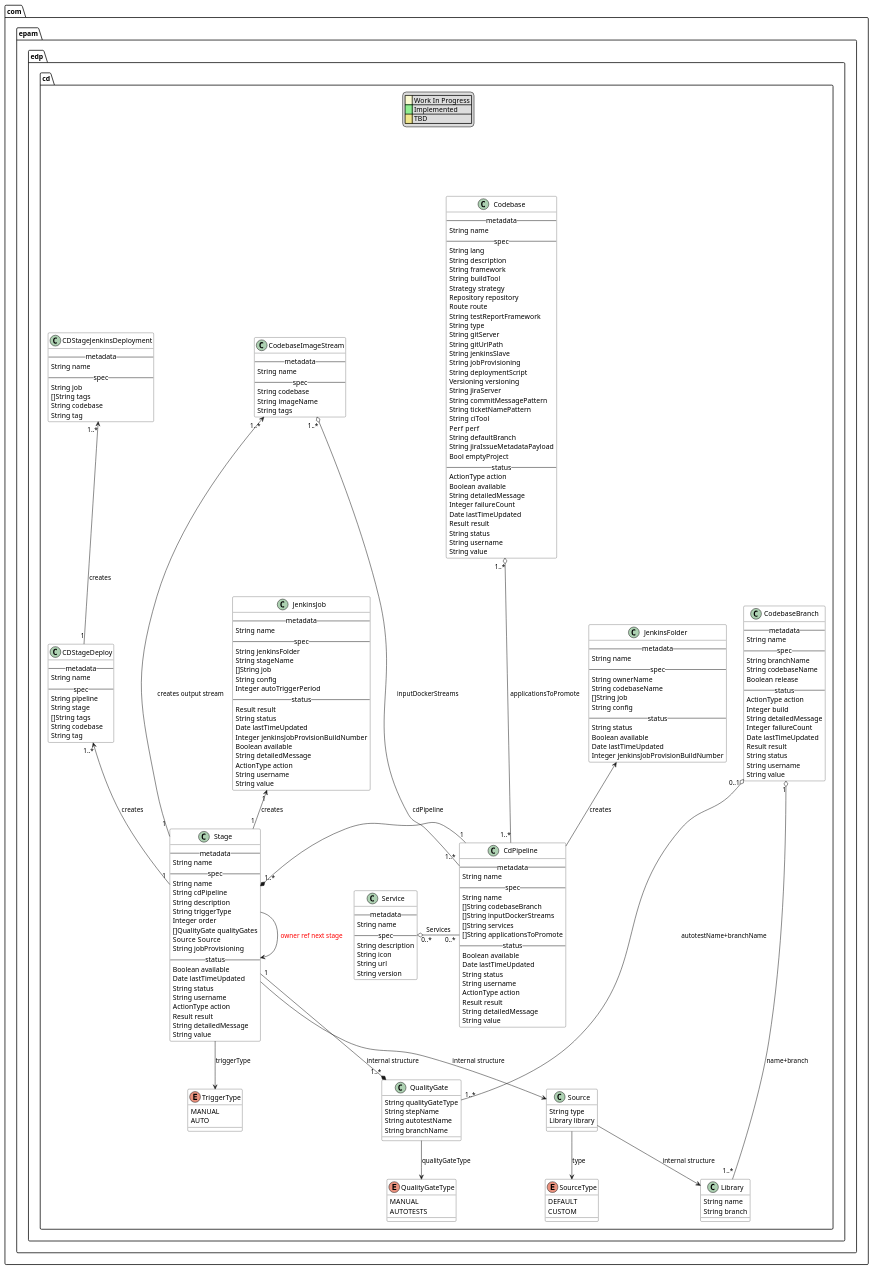
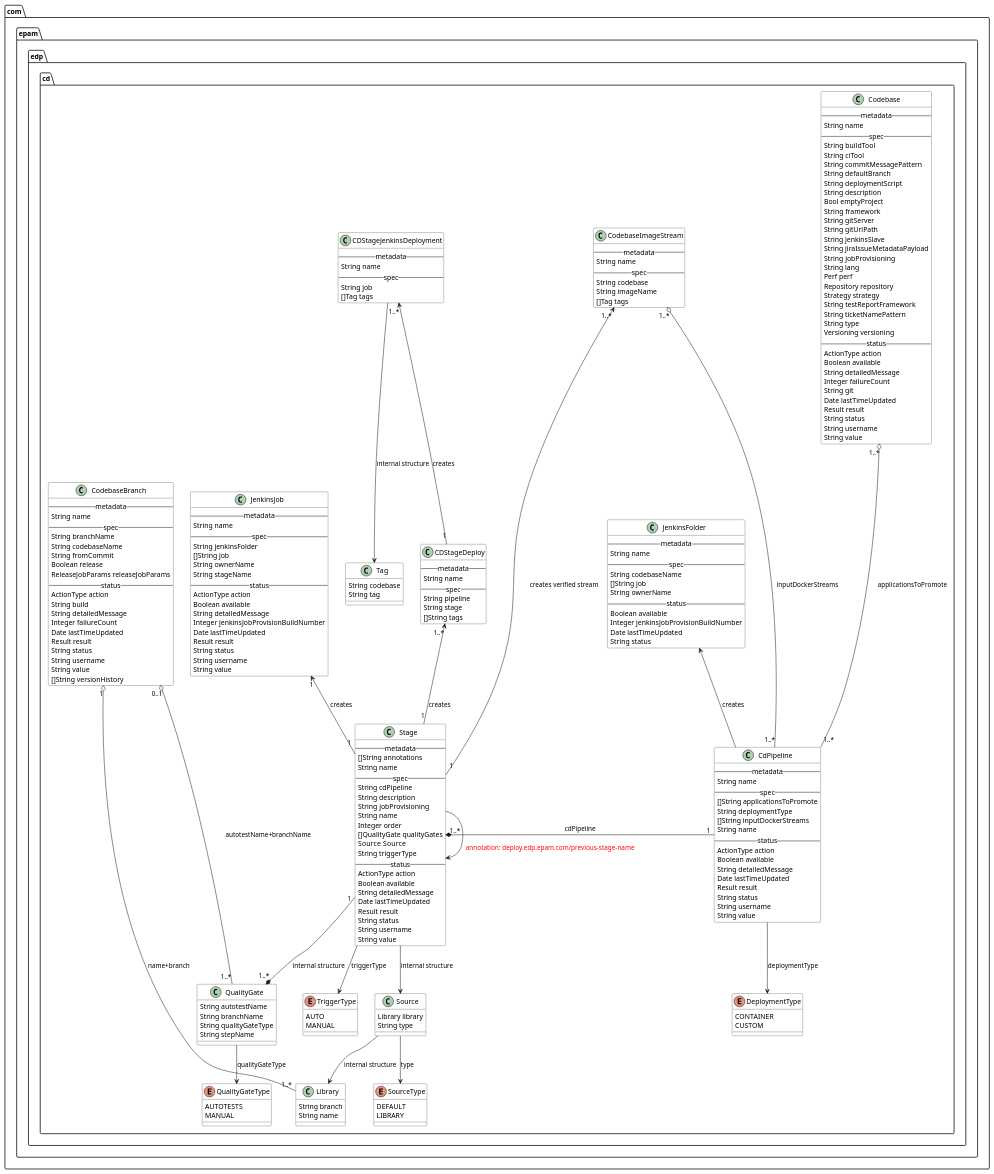
The diagram in documentation/puml/arch.puml (epam/edp-cd-pipeline-operator), drawn with PlantUML before and after one commit.

Commit message:
[EPMDEDP-7970]: docs: Align diagram to the current state

```diff
--- a/documentation/puml/arch.puml
+++ b/documentation/puml/arch.puml
@@ -1,4 +1,4 @@
-@startuml
+@startuml cdpipeline-operator
 
 skinparam class {
     BackgroundColor #white
@@ -11,82 +11,89 @@
     -- metadata --
         String name
     -- spec --
+        []String applicationsToPromote
+        String deploymentType
+        []String inputDockerStreams
         String name
-        []String codebaseBranch
-        []String inputDockerStreams
-        []String services
-        []String applicationsToPromote
     -- status --
+        ActionType action
         Boolean available
+        String detailedMessage
         Date lastTimeUpdated
+        Result result
         String status
         String username
-        ActionType action
-        Result result
-        String detailedMessage
         String value
   }
 
   CdPipeline "1" -l-* "1..*" Stage : cdPipeline
 
+  enum DeploymentType {
+    CONTAINER
+    CUSTOM
+  }
+
+  CdPipeline --> DeploymentType : deploymentType
+
   class Stage {
     -- metadata --
+        []String annotations
         String name
     -- spec --
-        String name
         String cdPipeline
         String description
-        String triggerType
+        String jobProvisioning
+        String name
         Integer order
         []QualityGate qualityGates
         Source  Source
-        String jobProvisioning
+        String triggerType
     -- status --
+        ActionType action
         Boolean available
+        String detailedMessage
         Date lastTimeUpdated
+        Result result
         String status
         String username
-        ActionType action
-        Result result
-        String detailedMessage
         String value
   }
 
   Stage "1" --* "1..*" QualityGate : internal structure
   class QualityGate  {
+        String autotestName
+        String branchName
         String qualityGateType
         String stepName
-        String autotestName
-        String branchName
   }
 
   QualityGate --> QualityGateType : qualityGateType
   enum QualityGateType {
+        AUTOTESTS
         MANUAL
-        AUTOTESTS
   }
 
   Stage --> Source : internal structure
   class Source {
+        Library library
         String type
-        Library library
   }
   Source --> SourceType : type
   enum SourceType {
         DEFAULT
-        CUSTOM
+        LIBRARY
   }
   Source --> Library : internal structure
   class Library {
+        String branch
         String name
-        String branch
   }
 
-  Stage --> Stage : <color red>owner ref next stage</color>
+  Stage --> Stage : \n\n\n<color red>annotation: deploy.edp.epam.com/previous-stage-name</color>
 
   enum TriggerType {
+    AUTO
     MANUAL
-    AUTO
   }
   Stage --> TriggerType : triggerType
 
@@ -94,34 +101,33 @@
     -- metadata --
         String name
     -- spec --
-        String lang
+        String buildTool
+        String ciTool
+        String commitMessagePattern
+        String defaultBranch
+        String deploymentScript
         String description
+        Bool emptyProject
         String framework
-        String buildTool
-        Strategy strategy
-        Repository repository
-        Route route
-        String testReportFramework
-        String type
         String gitServer
         String gitUrlPath
         String jenkinsSlave
+        String jiraIssueMetadataPayload
         String jobProvisioning
-        String deploymentScript
+        String lang
+        Perf perf
+        Repository repository
+        Strategy strategy
+        String testReportFramework
+        String ticketNamePattern
+        String type
         Versioning versioning
-        String jiraServer
-        String commitMessagePattern
-        String ticketNamePattern
-        String ciTool
-        Perf  perf
-        String defaultBranch
-        String jiraIssueMetadataPayload
-        Bool emptyProject
     -- status --
         ActionType action
         Boolean available
         String detailedMessage
         Integer failureCount
+        String git
         Date lastTimeUpdated
         Result result
         String status
@@ -135,10 +141,12 @@
     -- spec --
         String branchName
         String codebaseName
+        String fromCommit
         Boolean release
+        ReleaseJobParams releaseJobParams
     -- status --
         ActionType action
-        Integer build
+        String build
         String detailedMessage
         Integer failureCount
         Date lastTimeUpdated
@@ -146,21 +154,21 @@
         String status
         String username
         String value
+        []String versionHistory
   }
 
   class JenkinsFolder {
     -- metadata --
         String name
     -- spec --
-        String ownerName
         String codebaseName
         []String job
-        String config
+        String ownerName
     -- status --
+        Boolean available
+        Integer jenkinsJobProvisionBuildNumber
+        Date lastTimeUpdated
         String status
-        Boolean available
-        Date lastTimeUpdated
-        Integer jenkinsJobProvisionBuildNumber
   }
 
   class JenkinsJob {
@@ -168,30 +176,19 @@
         String name
     -- spec --
         String jenkinsFolder
+        []String job
+        String ownerName
         String stageName
-        []String job
-        String config
-        Integer autoTriggerPeriod
     -- status --
+        ActionType action
+        Boolean available
+        String detailedMessage
+        Integer jenkinsJobProvisionBuildNumber
+        Date lastTimeUpdated
         Result result
         String status
-        Date lastTimeUpdated
-        Integer jenkinsJobProvisionBuildNumber
-        Boolean available
-        String detailedMessage
-        ActionType action
         String username
         String value
-  }
-
-  class Service {
-    -- metadata --
-        String name
-    -- spec --
-        String description
-        String icon
-        String url
-        String version
   }
 
   class CDStageDeploy {
@@ -201,8 +198,6 @@
         String pipeline
         String stage
         []String tags
-        String codebase
-        String tag
   }
 
   class CDStageJenkinsDeployment {
@@ -210,36 +205,31 @@
         String name
     -- spec --
         String job
-        []String tags
+        []Tag tags
+  }
+  CDStageJenkinsDeployment --> Tag : internal structure
+  class Tag {
         String codebase
         String tag
   }
 
-class CodebaseImageStream {
+  class CodebaseImageStream {
     -- metadata --
         String name
     -- spec --
         String codebase
         String imageName
-        String tags
+        []Tag tags
   }
 
 JenkinsFolder <-- CdPipeline : "creates"
-Service "0..*" o- "0..*" CdPipeline : Services
 Codebase "1..*" o--- "1..*" CdPipeline : applicationsToPromote
 CodebaseImageStream "1..*" o--- "1..*" CdPipeline : inputDockerStreams
 CodebaseBranch "0..1" o--- "1..*" QualityGate : autotestName+branchName
 CodebaseBranch "1" o--- "1..*" Library : name+branch
 JenkinsJob "1" <-- "1" Stage : creates
-CodebaseImageStream "1..*" <-- "1" Stage : creates output stream
+CodebaseImageStream "1..*" <-- "1" Stage : creates verified stream
 CDStageDeploy "1..*" <-- "1" Stage : creates
 CDStageJenkinsDeployment "1..*" <-- "1" CDStageDeploy : creates
 
-legend
-|<back:LightGoldenRodYellow>    </back>| Work In Progress |
-|<back:LightGreen>    </back>| Implemented |
-|<back:Khaki>    </back>| TBD |
-endlegend
-
-
 @enduml
```
